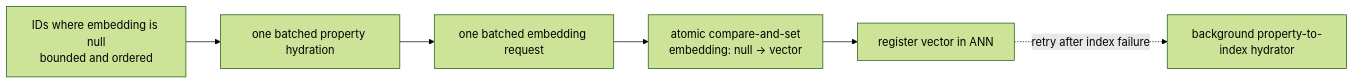
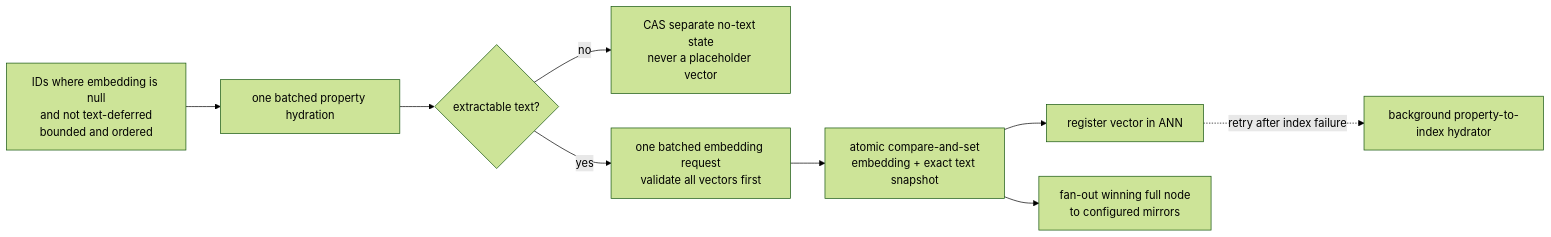
The fourth of 6 diagrams in docs/architecture/kg_connectors_and_ingestion.md (Knuckles-Team/agent-utilities), drawn with Mermaid (forest theme) before and after one commit. The commit also changed other lines of this file and 8 other files, not shown here.

````diff
--- a/docs/architecture/kg_connectors_and_ingestion.md
+++ b/docs/architecture/kg_connectors_and_ingestion.md
@@ -162,8 +162,11 @@
 ```mermaid
 flowchart LR
-  Q["IDs where embedding is null<br/>bounded and ordered"] --> H["one batched property hydration"]
-  H --> E["one batched embedding request"]
-  E --> C["atomic compare-and-set<br/>embedding: null → vector"]
+  Q["IDs where embedding is null<br/>and not text-deferred<br/>bounded and ordered"] --> H["one batched property hydration"]
+  H --> T{"extractable text?"}
+  T -->|no| D["CAS separate no-text state<br/>never a placeholder vector"]
+  T -->|yes| E["one batched embedding request<br/>validate all vectors first"]
+  E --> C["atomic compare-and-set<br/>embedding + exact text snapshot"]
   C --> A["register vector in ANN"]
   A -.->|retry after index failure| R["background property-to-index hydrator"]
+  C --> F["fan-out winning full node<br/>to configured mirrors"]
 ```
````
